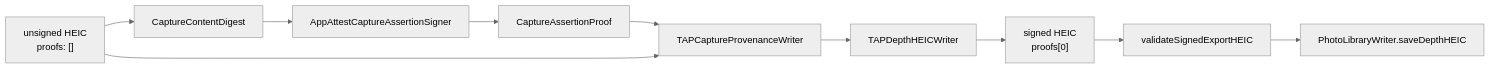
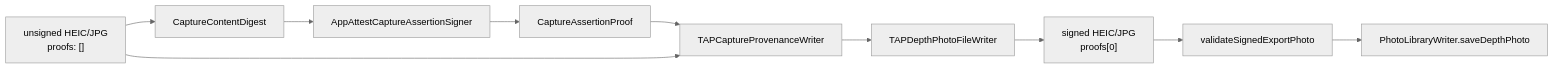
The second of 2 diagrams in TAPCamDemo/CameraCapture/Output/README.md (TAP-NAP/TAPCamDemo), drawn with Mermaid (neutral theme) before and after one commit. The commit also changed other lines of this file and 75 other files, not shown here.

Commit message:
Refine capture and diagnostics flow

````diff
--- a/TAPCamDemo/CameraCapture/Output/README.md
+++ b/TAPCamDemo/CameraCapture/Output/README.md
@@ -55,12 +55,12 @@
 ```mermaid
 flowchart LR
-    Unsigned["unsigned HEIC\nproofs: []"] --> Digest["CaptureContentDigest"]
+    Unsigned["unsigned HEIC/JPG\nproofs: []"] --> Digest["CaptureContentDigest"]
     Digest --> Assertion["AppAttestCaptureAssertionSigner"]
     Assertion --> Proof["CaptureAssertionProof"]
     Proof --> Provenance["TAPCaptureProvenanceWriter"]
     Unsigned --> Provenance
-    Provenance --> Writer["TAPDepthHEICWriter"]
-    Writer --> Signed["signed HEIC\nproofs[0]"]
-    Signed --> Validator["validateSignedExportHEIC"]
-    Validator --> Photos["PhotoLibraryWriter.saveDepthHEIC"]
+    Provenance --> Writer["TAPDepthPhotoFileWriter"]
+    Writer --> Signed["signed HEIC/JPG\nproofs[0]"]
+    Signed --> Validator["validateSignedExportPhoto"]
+    Validator --> Photos["PhotoLibraryWriter.saveDepthPhoto"]
 ```
````
